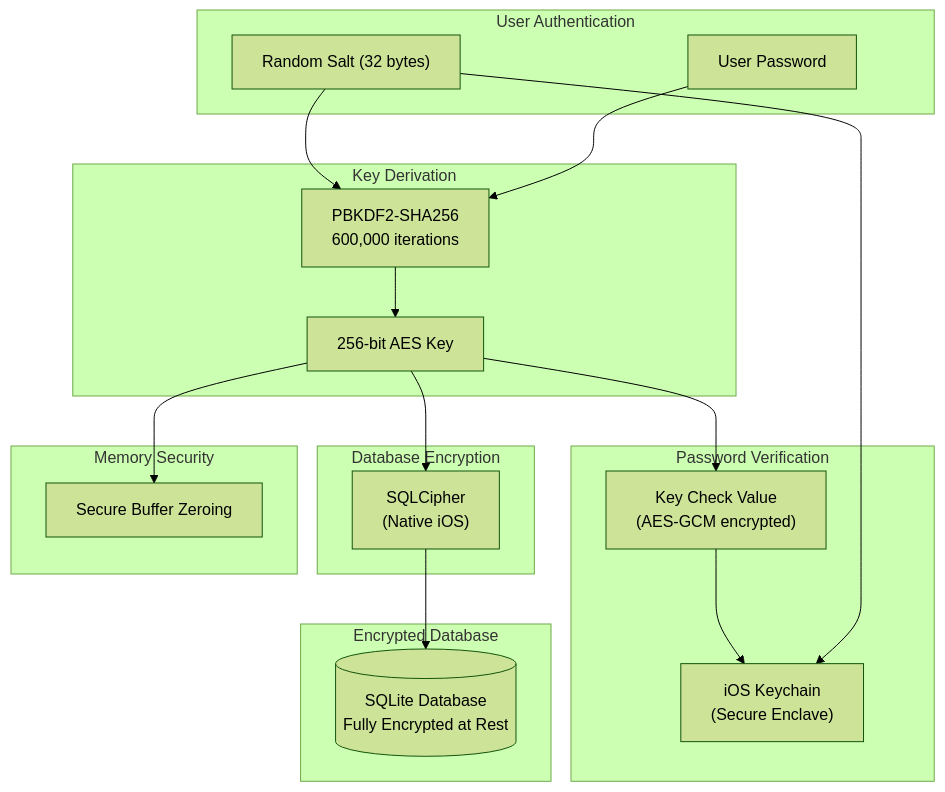
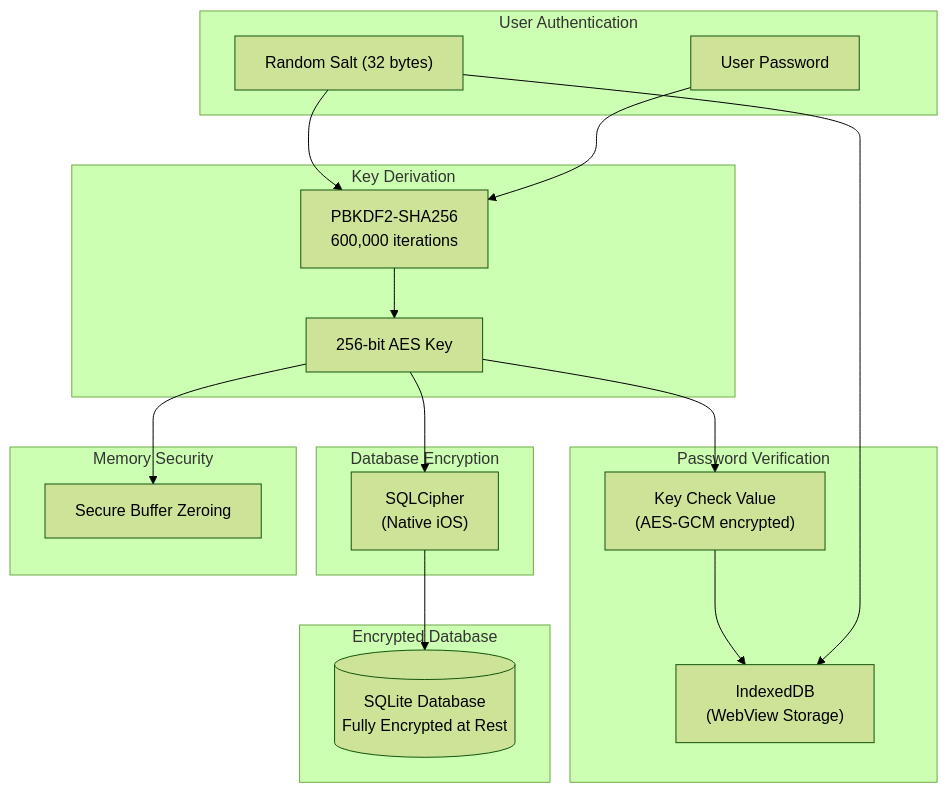
One commit to a2f0/tearleads changed the third of 4 diagrams in docs/encryption-architecture.md. Above: the diagram before and after it, drawn with Mermaid (forest theme). The commit also changed other lines of this file, not shown here.

First line of the commit message:
docs(encryption): fix inaccurate storage descriptions

````diff
--- a/docs/encryption-architecture.md
+++ b/docs/encryption-architecture.md
@@ -91,39 +91,39 @@
 ```mermaid
 flowchart TB
     subgraph UserAuth["User Authentication"]
         PWD["User Password"]
         SALT["Random Salt (32 bytes)"]
     end
 
     subgraph KeyDerivation["Key Derivation"]
         PBKDF2["PBKDF2-SHA256<br/>600,000 iterations"]
         KEY["256-bit AES Key"]
     end
 
     subgraph Verification["Password Verification"]
         KCV["Key Check Value<br/>(AES-GCM encrypted)"]
-        STORE["iOS Keychain<br/>(Secure Enclave)"]
+        STORE["IndexedDB<br/>(WebView Storage)"]
     end
 
     subgraph Encryption["Database Encryption"]
         CIPHER["SQLCipher<br/>(Native iOS)"]
     end
 
     subgraph Database["Encrypted Database"]
         DB[("SQLite Database<br/>Fully Encrypted at Rest")]
     end
 
     subgraph Security["Memory Security"]
         ZERO["Secure Buffer Zeroing"]
     end
 
     PWD --> PBKDF2
     SALT --> PBKDF2
     PBKDF2 --> KEY
     KEY --> KCV
     SALT --> STORE
     KCV --> STORE
     KEY --> CIPHER
     CIPHER --> DB
     KEY --> ZERO
 ```
````
